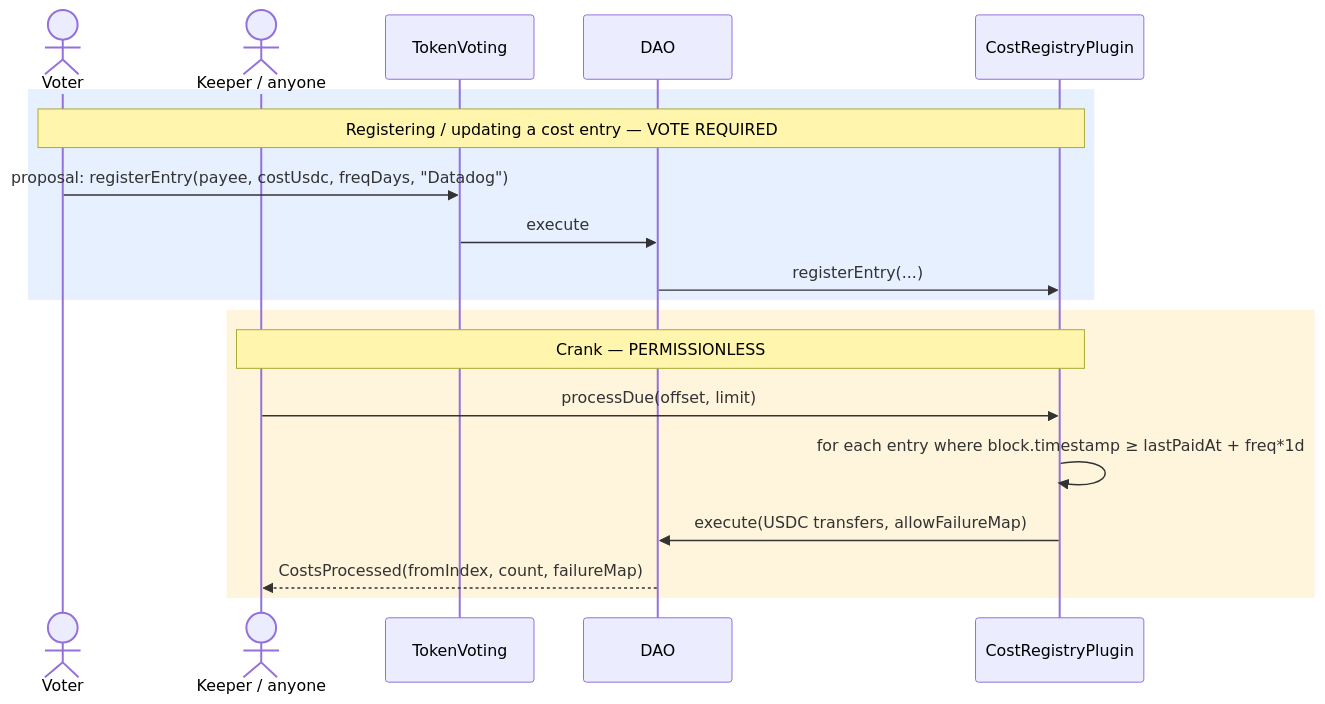
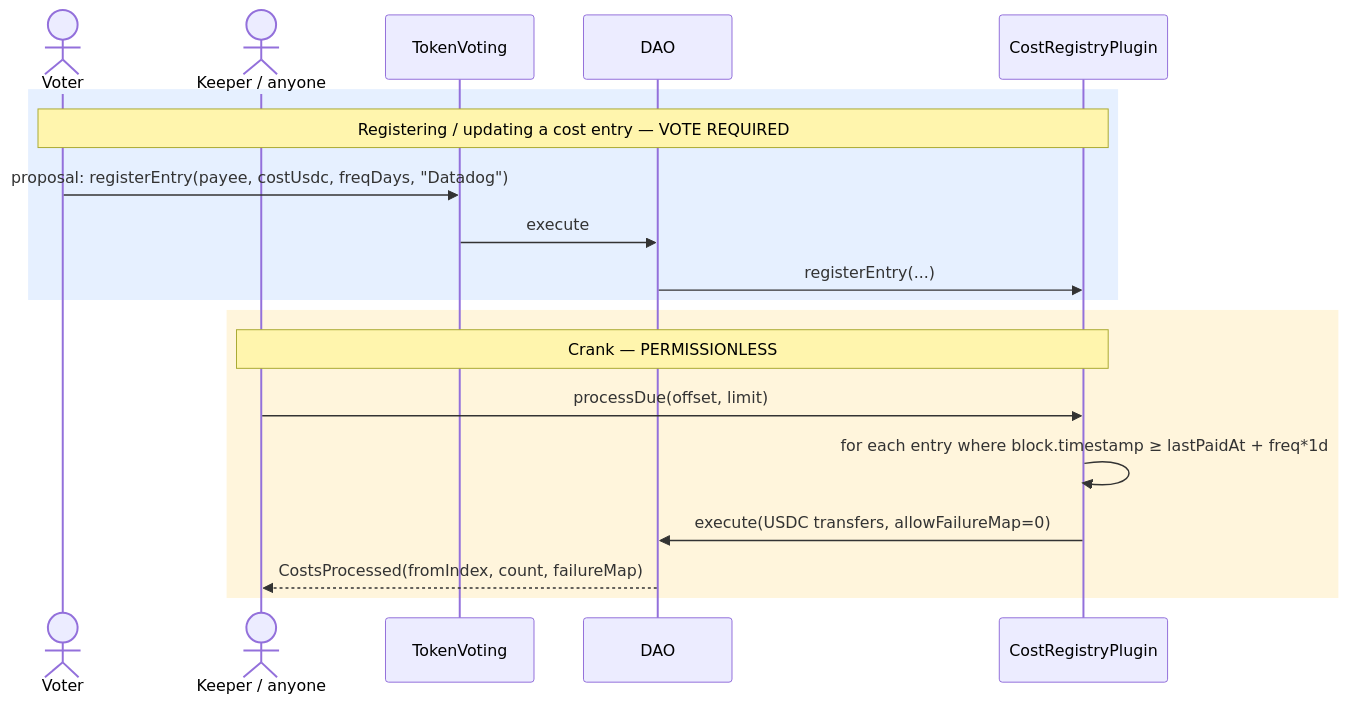
Before and after one commit to CyberdyneCorp/cyberdyne_dao_contracts: the seventh of 11 diagrams in README.md, drawn with Mermaid. The commit also changed other lines of this file and 10 other files, not shown here.

````diff
--- a/README.md
+++ b/README.md
@@ -245,23 +245,23 @@
 ```mermaid
 sequenceDiagram
     actor V as Voter
     actor K as Keeper / anyone
     participant TV as TokenVoting
     participant D as DAO
     participant CR as CostRegistryPlugin
 
     rect rgb(230, 240, 255)
         Note over V,CR: Registering / updating a cost entry — VOTE REQUIRED
         V->>TV: proposal: registerEntry(payee, costUsdc, freqDays, "Datadog")
         TV->>D: execute
         D->>CR: registerEntry(...)
     end
 
     rect rgb(255, 245, 220)
         Note over K,CR: Crank — PERMISSIONLESS
         K->>CR: processDue(offset, limit)
         CR->>CR: for each entry where block.timestamp ≥ lastPaidAt + freq*1d
-        CR->>D: execute(USDC transfers, allowFailureMap)
+        CR->>D: execute(USDC transfers, allowFailureMap=0)
         D-->>K: CostsProcessed(fromIndex, count, failureMap)
     end
 ```
````
